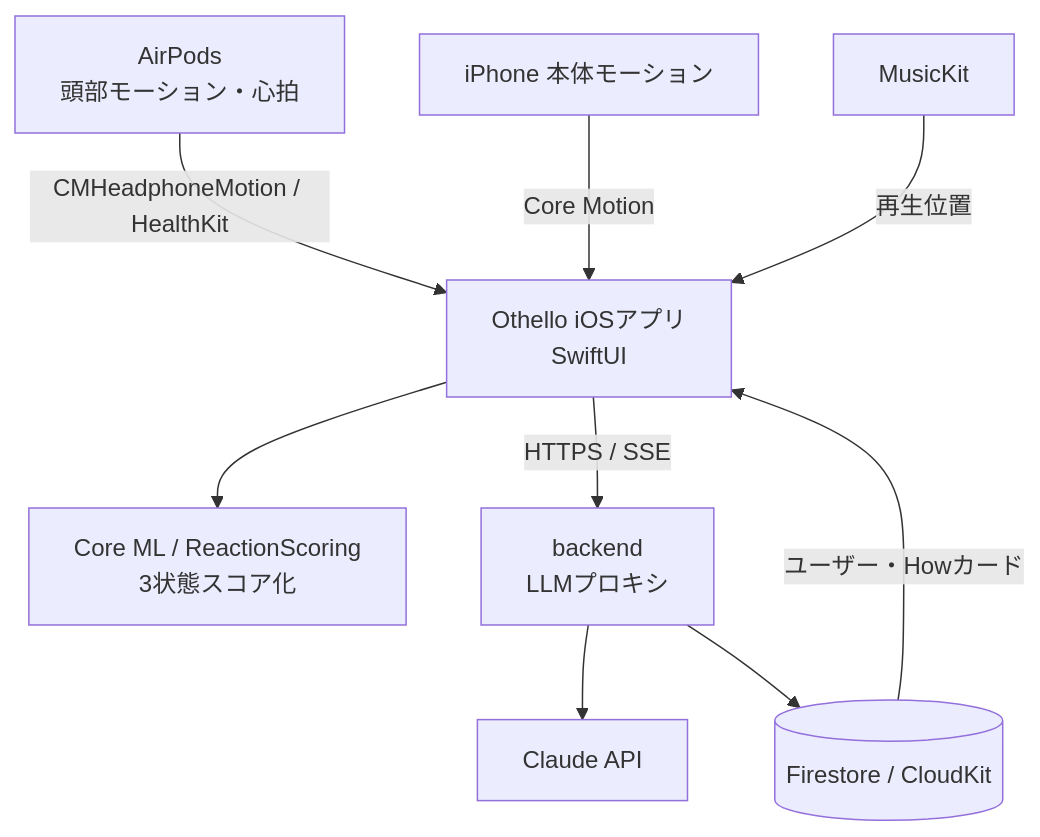
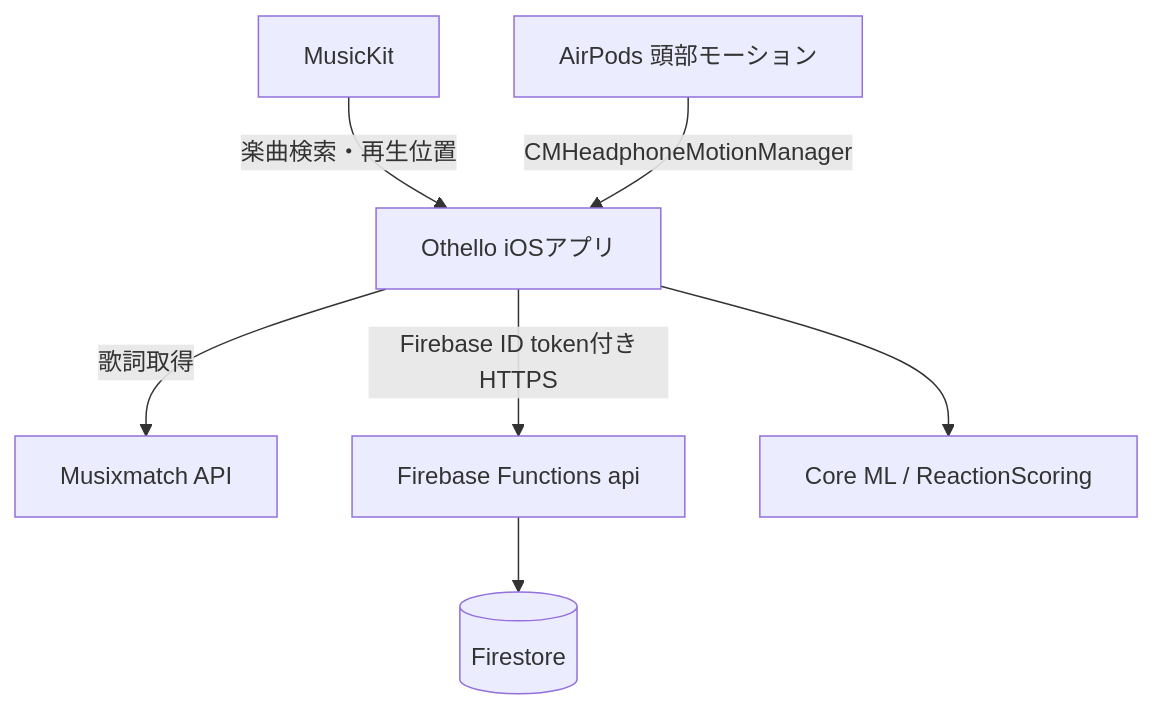
The first of 2 diagrams in docs/functional-design.md (engineer-guild-hackathon-2026-05/team-10), drawn with Mermaid before and after one commit. The commit also changed other lines of this file and 22 other files, not shown here.

````diff
--- a/docs/functional-design.md
+++ b/docs/functional-design.md
@@ -7,20 +7,17 @@
 ```mermaid
 graph TB
-    AirPods[AirPods<br/>頭部モーション・心拍]
-    iPhone[iPhone 本体モーション]
-    App[Othello iOSアプリ<br/>SwiftUI]
-    CoreML[Core ML / ReactionScoring<br/>3状態スコア化]
-    BE[backend<br/>LLMプロキシ]
-    LLM[Claude API]
-    DB[(Firestore / CloudKit)]
+    AirPods[AirPods 頭部モーション]
+    App[Othello iOSアプリ]
     Music[MusicKit]
+    Lyrics[Musixmatch API]
+    API[Firebase Functions api]
+    DB[(Firestore)]
+    ML[Core ML / ReactionScoring]
 
-    AirPods -->|CMHeadphoneMotion / HealthKit| App
-    iPhone -->|Core Motion| App
-    Music -->|再生位置| App
-    App --> CoreML
-    App -->|HTTPS / SSE| BE
-    BE --> LLM
-    BE --> DB
-    DB -->|ユーザー・Howカード| App
+    Music -->|楽曲検索・再生位置| App
+    AirPods -->|CMHeadphoneMotionManager| App
+    App --> ML
+    App -->|歌詞取得| Lyrics
+    App -->|Firebase ID token付きHTTPS| API
+    API --> DB
 ```
````
